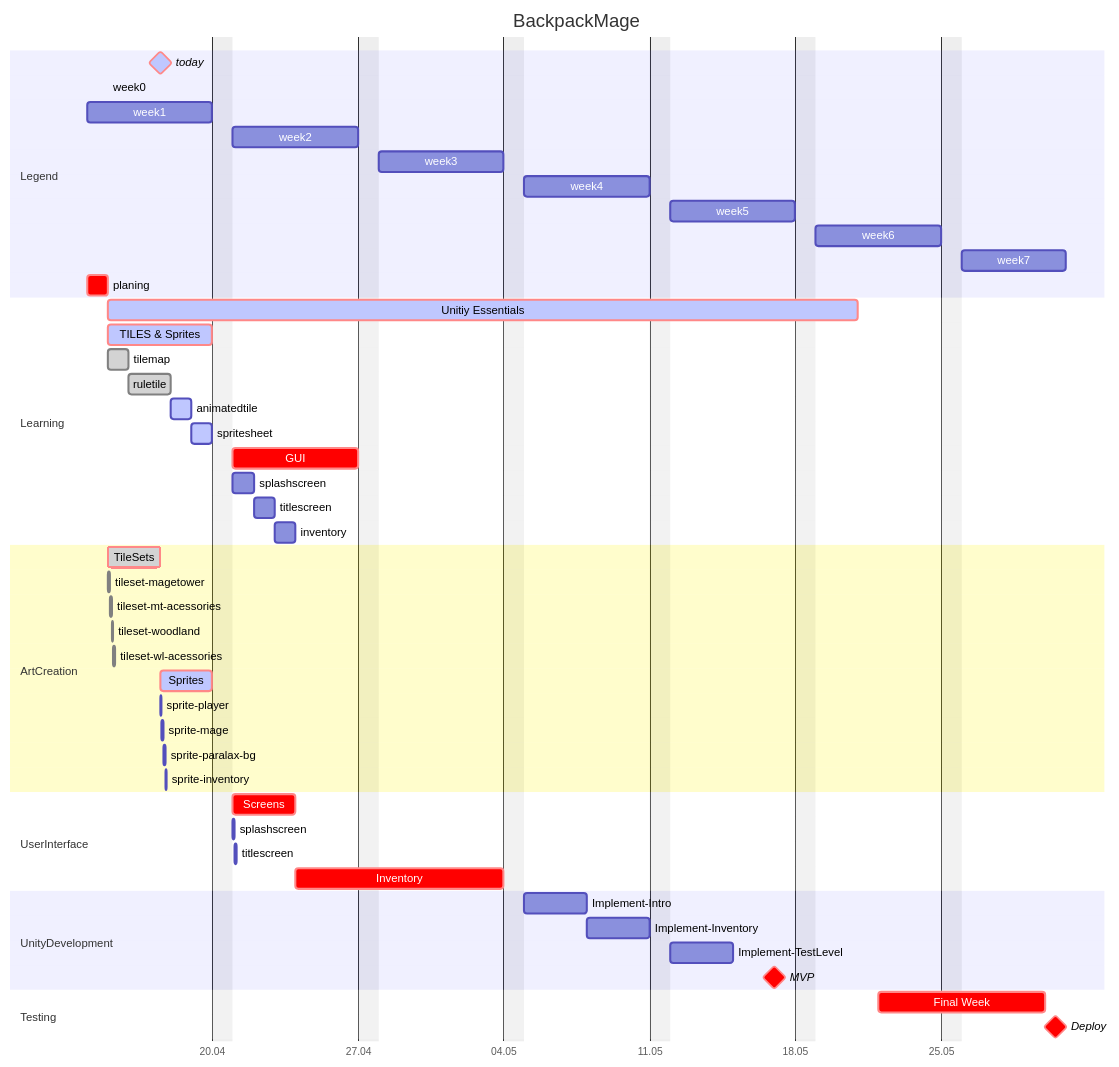
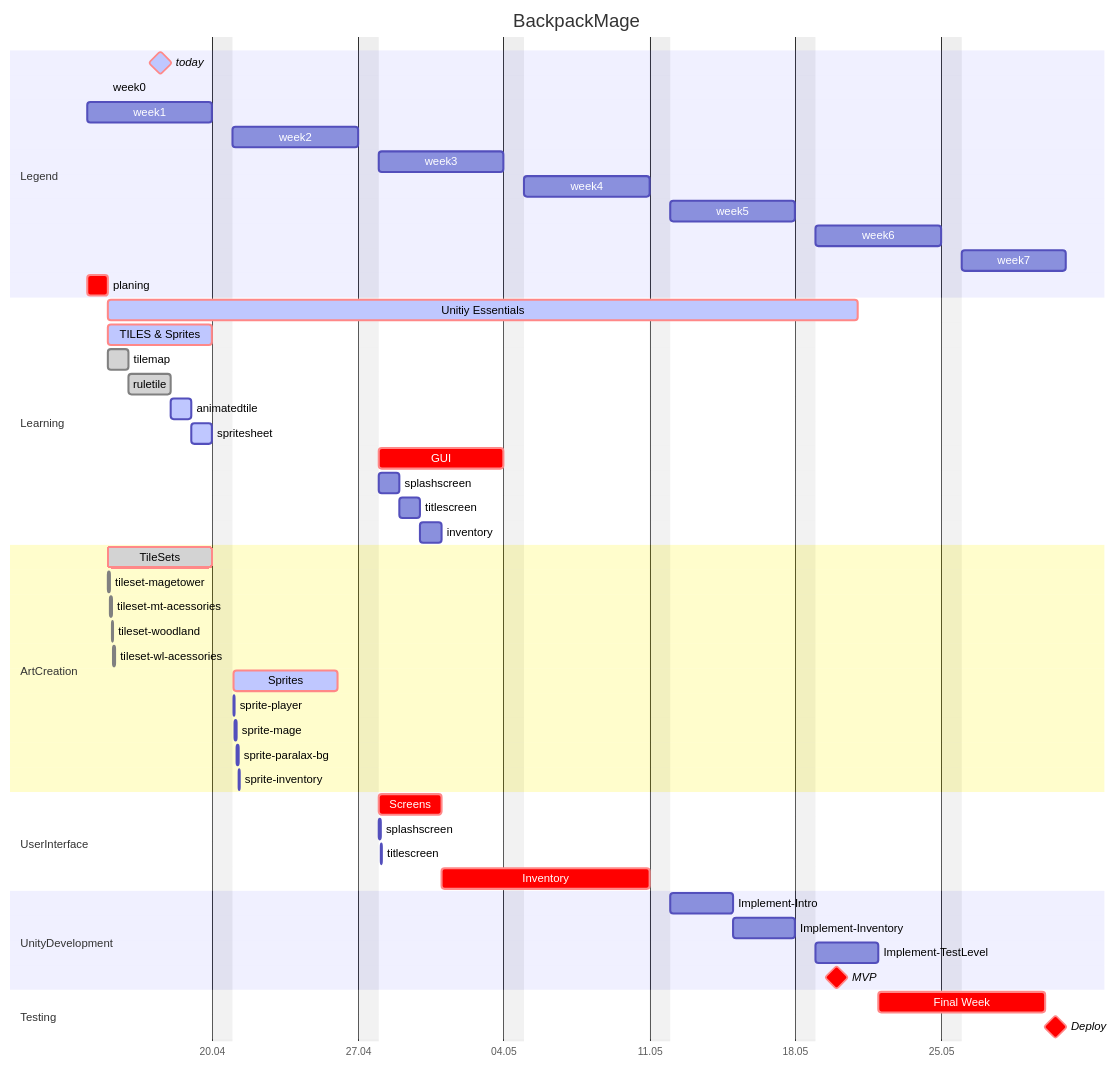
One commit to IxI-Enki/backpackmage changed the diagram in README.md. Above: the diagram before and after it, drawn with Mermaid.

````diff
--- a/README.md
+++ b/README.md
@@ -12,83 +12,83 @@
 ```mermaid
 gantt
     %%   T I T L E
     title BackpackMage
 
     dateFormat DD-MM-YYYY
     excludes sunday
 
     axisFormat %d.%m
 
     section Legend
         today : milestone, crit, active, t0, 17-04-2025, 24h
         week0 : w0, 15-04-2025, 1m
         week1 : w1, 14-04-2025, 6d
         week2 : w2, 21-04-2025, 6d
         week3 : w3, 28-04-2025, 6d
         week4 : w4, 05-05-2025, 6d
         week5 : w5, 12-05-2025, 6d
         week6 : w6, 19-05-2025, 6d
         week7 : w7, 26-05-2025, 5d
 
         planing               :          crit , plan , 14-04-2025 , 1d
     section Learning
         Unitiy Essentials     : active , crit ,  U , after w0 , 31d
 
         TILES & Sprites       : active , crit ,  t , after w0 ,  5d
         tilemap               :   done ,        tm , after w0 ,  1d
 
         ruletile              :   done ,        tr , after tm   ,  2d
         animatedtile          : active ,        ta , after tr   ,  1d
         spritesheet           : active ,         s , after ta   ,  1d
 
 
-        GUI                   :          crit ,  g , after w1 ,  6d
-        splashscreen          :                  s , after w1 ,  1d
+        GUI                   :          crit ,  g , after w2 ,  6d
+        splashscreen          :                  s , after w2 ,  1d
         titlescreen           :                 ts , after s    ,  1d
 
         inventory             :                   i, after ts   ,  1d
 
 
 
     section ArtCreation
 
         %%   T I L E S E T S
-        TileSets              :   done , crit , tis , after w0 , 60h
+        TileSets              :   done , crit , tis , after w0 , 120h
         tileset-magetower     :   done ,        tsm , after w0 , 2h
         tileset-mt-acessories :   done ,       tsma , after tsm  , 2h
         tileset-woodland      :   done ,        tsw , after tsma , 2h
         tileset-wl-acessories :   done ,       tswa , after tsw  , 2h
 
         %%   S P R I T E S
-        Sprites               : active , crit , spr , after tis   , 60h
+        Sprites               : active , crit , spr , after tis   , 120h
         sprite-player         :                 spp , after tis   , 2h
         sprite-mage           :                 spm , after spp   , 2h
         sprite-paralax-bg     :                spgb , after spm   , 2h
         sprite-inventory      :                spin , after spgb  , 2h
 
     section UserInterface
-        Screens               :          crit , scr , after w1    , 3d
-        splashscreen          :                spls , after w1    , 2h
+        Screens               :          crit , scr , after w2    , 3d
+        splashscreen          :                spls , after w2    , 2h
         titlescreen           :                tits , after spls  , 2h
 
         Inventory             :          crit , inv , after scr   , 9d
 
     section UnityDevelopment
         Implement-Intro       :               intro , after inv , 3d
 
         Implement-Inventory   :               invent , after intro , 3d
 
         Implement-TestLevel   :               test , after invent , 3d
 
     %%   M I N I M A L   V I A B L E   P R O J E C T
     %%
     MVP                       : milestone , crit , 18-05-2025
 
     section Testing
         Final Week            :          crit , fiw , 22-05-2025 , 7d
 
     %%   D E P L O Y M E N T
     %%
     Deploy                    : milestone , crit , 31-05-2025
 
 ```
````
